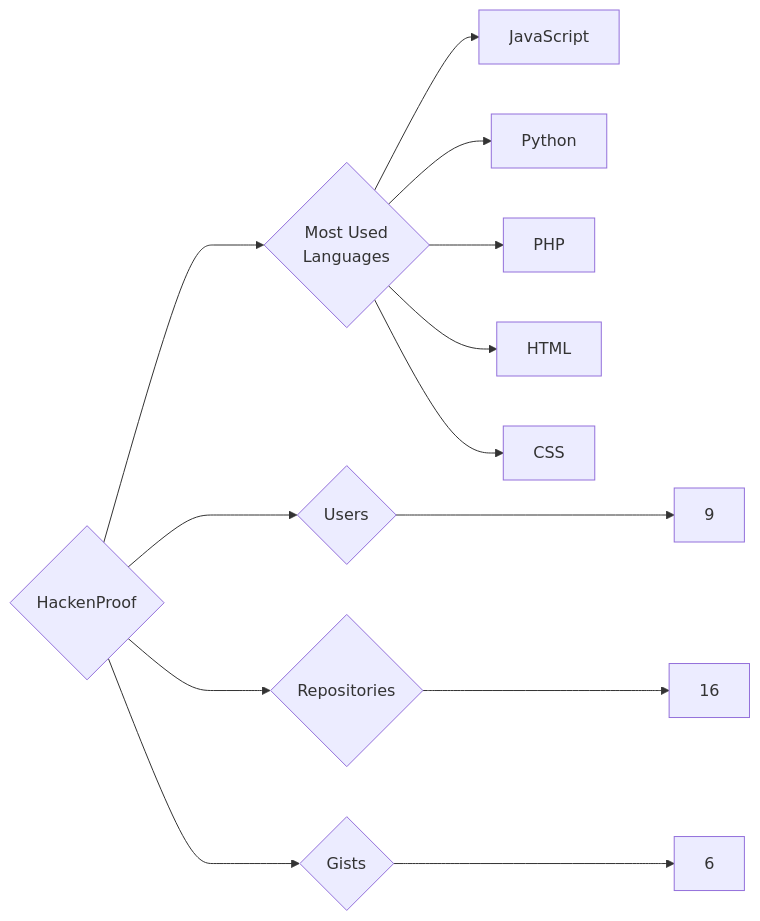
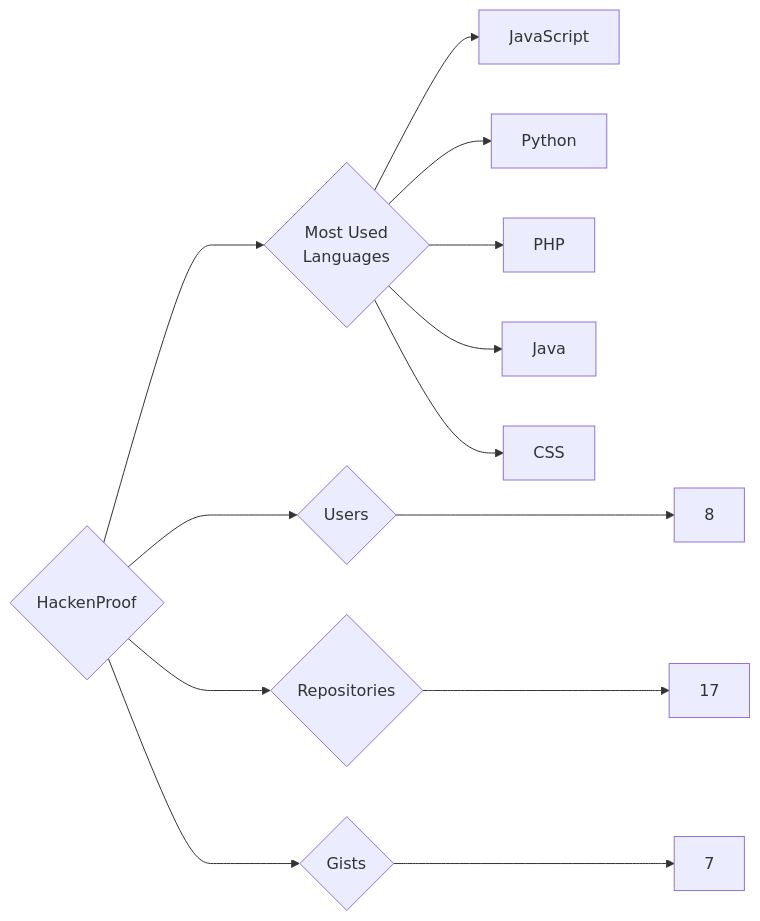
Before and after one commit to trickest/insiders: the diagram in targets/HackenProof/README.md, drawn with Mermaid. The commit also changed 1055 other files, not shown here.

````diff
--- a/targets/HackenProof/README.md
+++ b/targets/HackenProof/README.md
@@ -3,13 +3,13 @@
 ```mermaid
 graph LR
 COMPANY_NAME{HackenProof}
-COMPANY_NAME ---> U{Users} ---> UN[9]
-COMPANY_NAME ---> R{Repositories} ---> RN[16]
-COMPANY_NAME ---> G{Gists} ---> GN[6]
+COMPANY_NAME ---> U{Users} ---> UN[8]
+COMPANY_NAME ---> R{Repositories} ---> RN[17]
+COMPANY_NAME ---> G{Gists} ---> GN[7]
 COMPANY_NAME ---> ML{Most Used<br>Languages}
 ML --> JavaScript[JavaScript]
 ML --> Python[Python]
 ML --> PHP[PHP]
-ML --> HTML[HTML]
+ML --> Java[Java]
 ML --> CSS[CSS]
 ```
````
